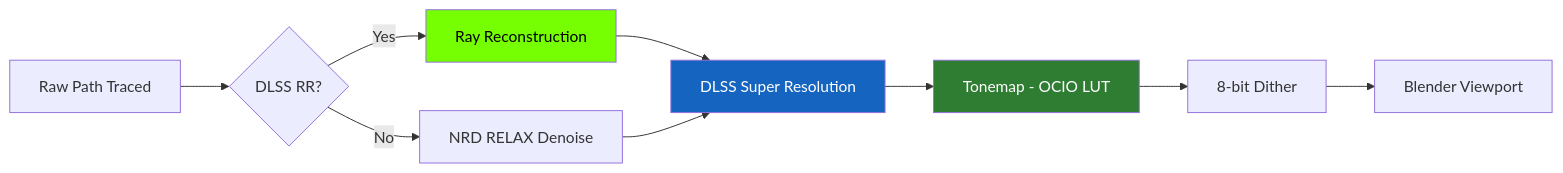
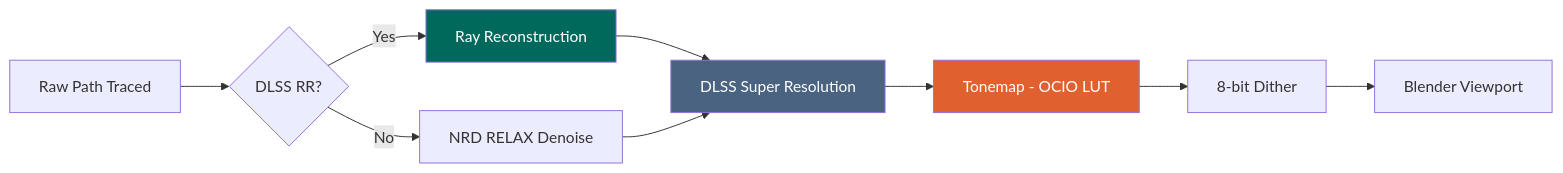
Before and after one commit to kalexis1994/ignis-rt: the third of 3 diagrams in docs/architecture/pipeline.md, drawn with Mermaid. The commit also changed other lines of this file and 12 other files, not shown here.

First line of the commit message:
Docs: Ignis palette, favicon, dark-safe diagram fills, contrast JS

````diff
--- a/docs/architecture/pipeline.md
+++ b/docs/architecture/pipeline.md
@@ -68,15 +68,15 @@
 ```mermaid
 flowchart LR
     RAW[Raw Path Traced] --> SPLIT{DLSS RR?}
     SPLIT -->|Yes| RR[Ray Reconstruction]
     SPLIT -->|No| NRD[NRD RELAX Denoise]
     RR --> SR[DLSS Super Resolution]
     NRD --> SR
     SR --> TONE[Tonemap - OCIO LUT]
     TONE --> DITHER[8-bit Dither]
     DITHER --> DISPLAY[Blender Viewport]
 
-    style RR fill:#76ff03,color:black
-    style SR fill:#1565c0,color:white
-    style TONE fill:#2e7d32,color:white
+    style RR fill:#00695C,color:white
+    style SR fill:#4A6380,color:white
+    style TONE fill:#E06030,color:white
 ```
````
